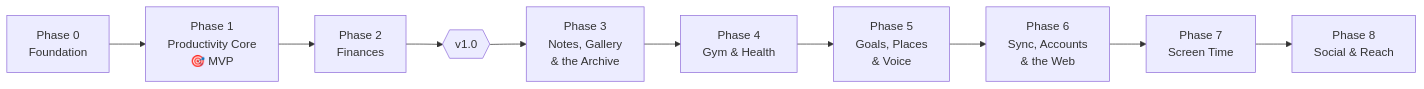
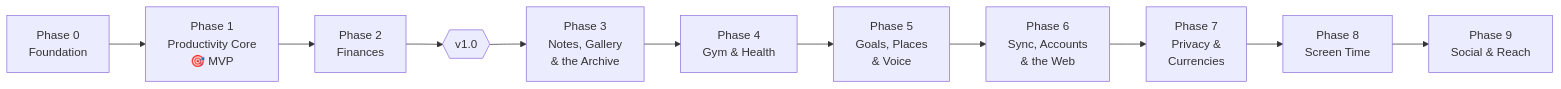
The diagram in docs/03-Planning/Roadmap.md (ABakdi/Harvest), drawn with Mermaid before and after one commit. The commit also changed other lines of this file and 15 other files, not shown here.

Commit message:
docs: phase 7, privacy and every currency, ahead of screen time and production

````diff
--- a/docs/03-Planning/Roadmap.md
+++ b/docs/03-Planning/Roadmap.md
@@ -5,12 +5,13 @@
 ```mermaid
 flowchart LR
     P0[Phase 0<br/>Foundation] --> P1[Phase 1<br/>Productivity Core<br/>🎯 MVP]
     P1 --> P2[Phase 2<br/>Finances]
     P2 --> V1{{v1.0}}
     V1 --> P3[Phase 3<br/>Notes, Gallery<br/>& the Archive]
     P3 --> P4[Phase 4<br/>Gym & Health]
     P4 --> P5[Phase 5<br/>Goals, Places<br/>& Voice]
     P5 --> P6[Phase 6<br/>Sync, Accounts<br/>& the Web]
-    P6 --> P7[Phase 7<br/>Screen Time]
-    P7 --> P8[Phase 8<br/>Social & Reach]
+    P6 --> P7[Phase 7<br/>Privacy &<br/>Currencies]
+    P7 --> P8[Phase 8<br/>Screen Time]
+    P8 --> P9[Phase 9<br/>Social & Reach]
 ```
````
